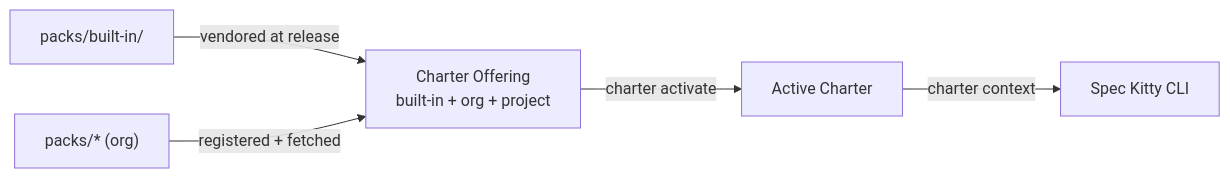
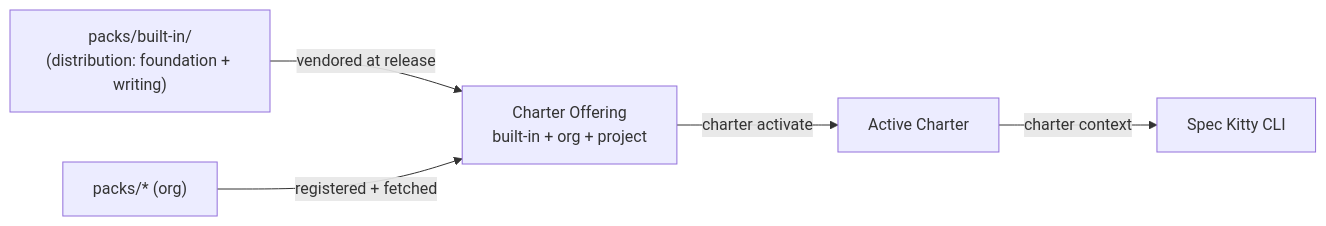
Before and after one commit to spec-kitty/spec-kitty-open-packs: the diagram in README.md, drawn with Mermaid. The commit also changed other lines of this file and 30 other files, not shown here.

````diff
--- a/README.md
+++ b/README.md
@@ -32,7 +32,7 @@
 ```mermaid
 flowchart LR
-  BI["packs/built-in/"] -- vendored at release --> OF
+  BI["packs/built-in/<br/>(distribution: foundation + writing)"] -- vendored at release --> OF
   PK["packs/* (org)"] -- registered + fetched --> OF
   OF["Charter Offering<br/>built-in + org + project"] -- charter activate --> AC["Active Charter"]
   AC -- charter context --> CLI["Spec Kitty CLI"]
 ```
````
